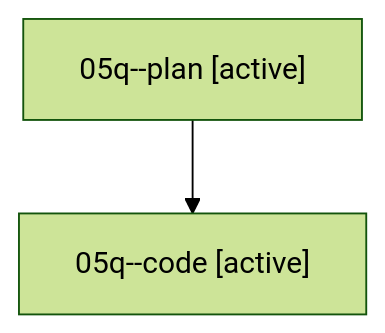
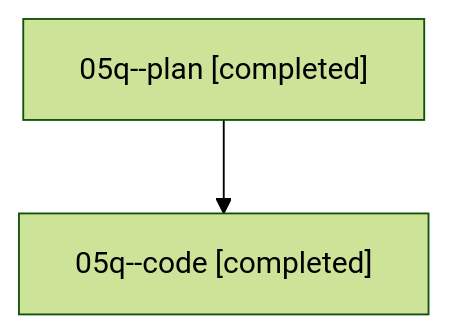
Before and after one commit to sase-org/sase--agents: the diagram in families/bbugyi200.athena.05q.md, drawn with Mermaid (forest theme). The commit also changed other lines of this file and 53 other files, not shown here.

````diff
--- a/families/bbugyi200.athena.05q.md
+++ b/families/bbugyi200.athena.05q.md
@@ -9,6 +9,6 @@
 ```mermaid
 flowchart TD
-  n0["05q--plan [active]"]
-  n1["05q--code [active]"]
+  n0["05q--plan [completed]"]
+  n1["05q--code [completed]"]
   n0 --> n1
 ```
````
